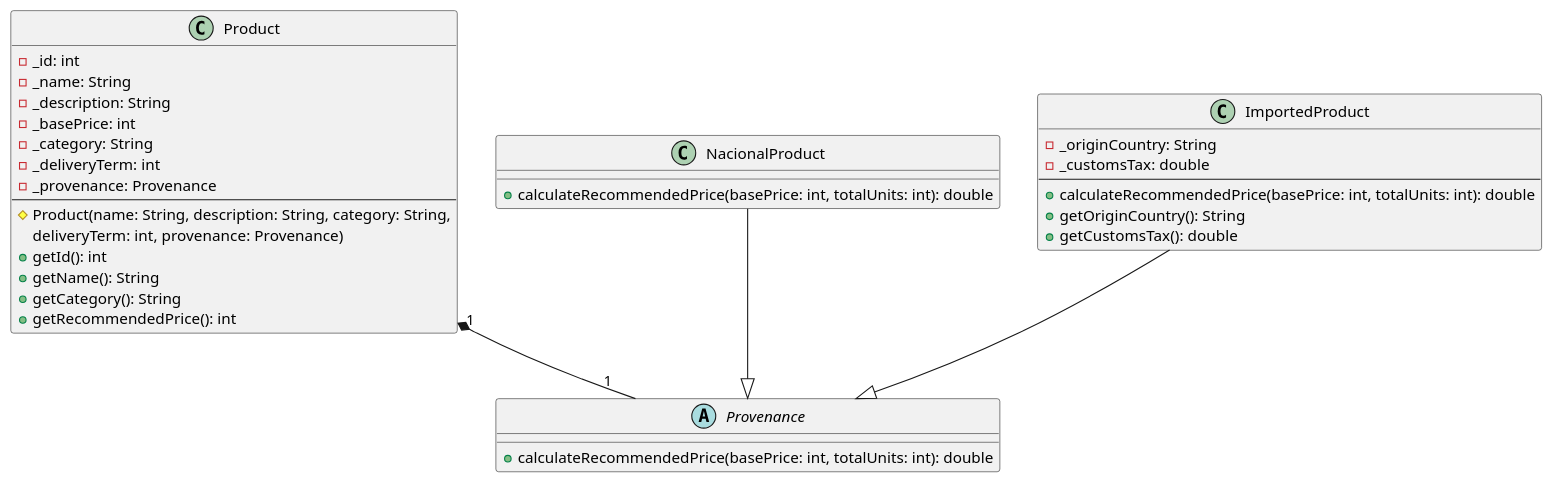
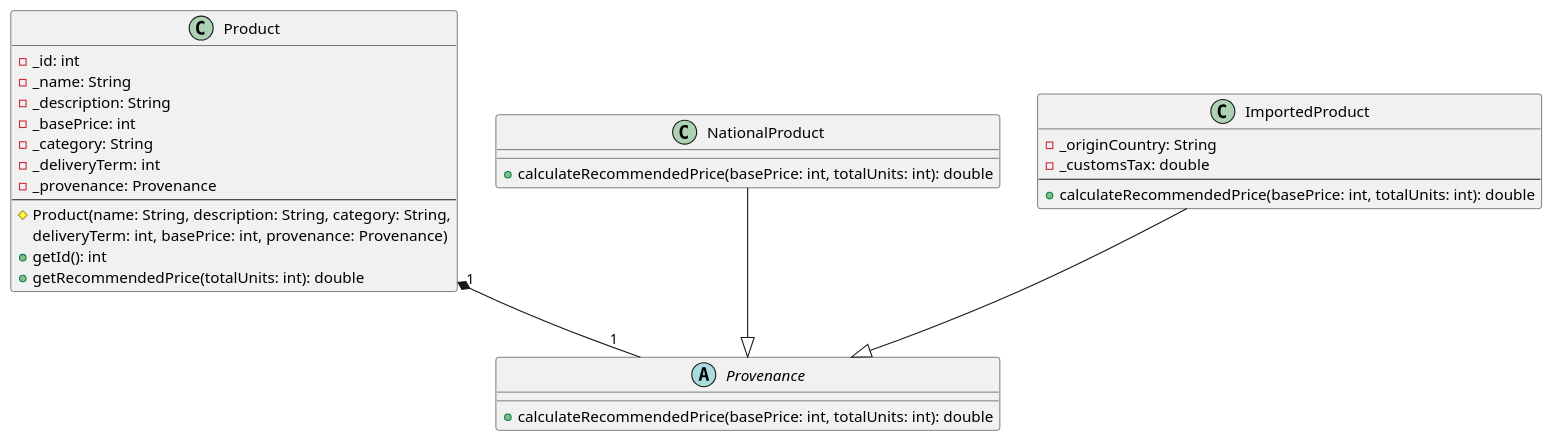
One commit to GuilhermeM0r4is/express-retail-platform changed the diagram in Product.puml. Above: the diagram before and after it, drawn with PlantUML. The commit also changed 5 other files, not shown here.

```diff
--- a/Product.puml
+++ b/Product.puml
@@ -1,43 +1,43 @@
 @startuml
 
 class Product {
     - _id: int
     - _name: String
     - _description: String
     - _basePrice: int
     - _category: String
     - _deliveryTerm: int
     - _provenance: Provenance
     --
     # Product(name: String, description: String, category: String,
-              deliveryTerm: int, provenance: Provenance)
+              deliveryTerm: int, basePrice: int, provenance: Provenance)
     + getId(): int
-    + getName(): String
-    + getCategory(): String
-    + getRecommendedPrice(): int
+    + getRecommendedPrice(totalUnits: int): double
 }
 Product "1" *-- "1" Provenance
 
 
+/' Correlation between the provenance of a product, abstract class because
+   it declares a following pattern for its subclasses '/
 abstract class Provenance {
     + calculateRecommendedPrice(basePrice: int, totalUnits: int): double
 }
 
 
-class NacionalProduct {
+/' Subclass of provenance '/
+class NationalProduct {
     + calculateRecommendedPrice(basePrice: int, totalUnits: int): double
 }
-NacionalProduct --|> Provenance
+NationalProduct --|> Provenance
 
 
+/' Subclass of provenance '/
 class ImportedProduct {
     - _originCountry: String
     - _customsTax: double
     --
     + calculateRecommendedPrice(basePrice: int, totalUnits: int): double
-    + getOriginCountry(): String
-    + getCustomsTax(): double
 }
 ImportedProduct --|> Provenance
 
 @enduml
```
